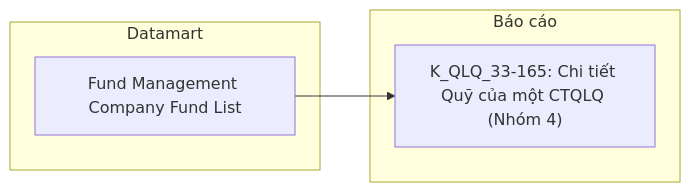
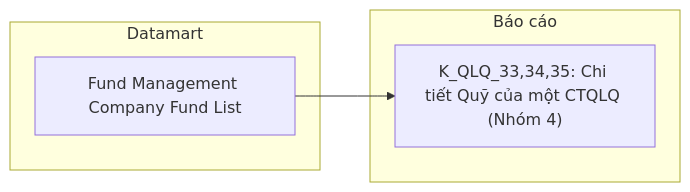
Diagram 19 of 41 in Datamart/hld/DTM_QLQ_HLD.md (linhlvit/ubck_atomic_design), drawn with Mermaid before and after one commit. The commit also changed other lines of this file and 28 other files, not shown here.

Commit message:
feat(qlq): add LLD detail mapping, 23 entity table schemas, update HLD, sync datamart model and attributes

````diff
--- a/Datamart/hld/DTM_QLQ_HLD.md
+++ b/Datamart/hld/DTM_QLQ_HLD.md
@@ -557,10 +733,10 @@
 ```mermaid
 flowchart LR
     subgraph GOLD["Datamart"]
         G1["Fund Management Company Fund List"]
     end
     subgraph RPT["Báo cáo"]
-        R1["K_QLQ_33-165: Chi tiết Quỹ của một CTQLQ (Nhóm 4)"]
+        R1["K_QLQ_33,34,35: Chi tiết Quỹ của một CTQLQ (Nhóm 4)"]
     end
     G1 --> R1
 ```
````
